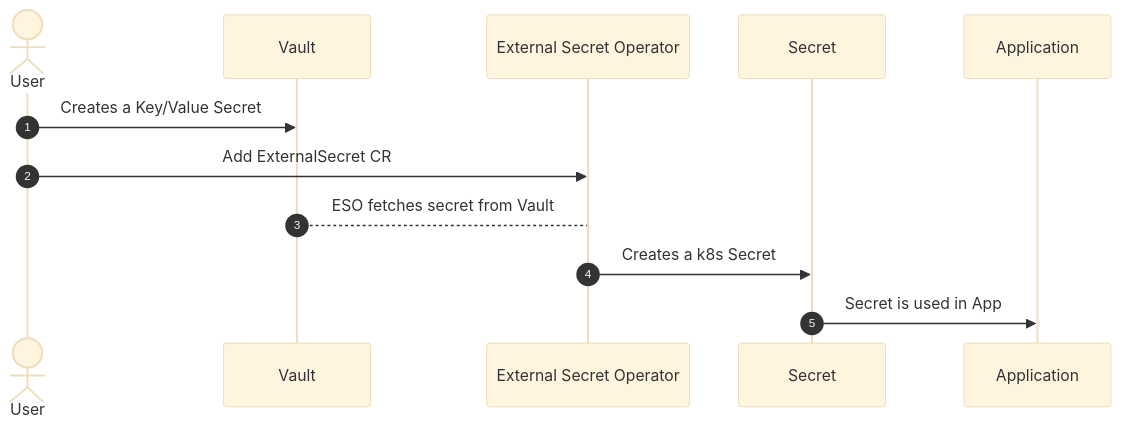
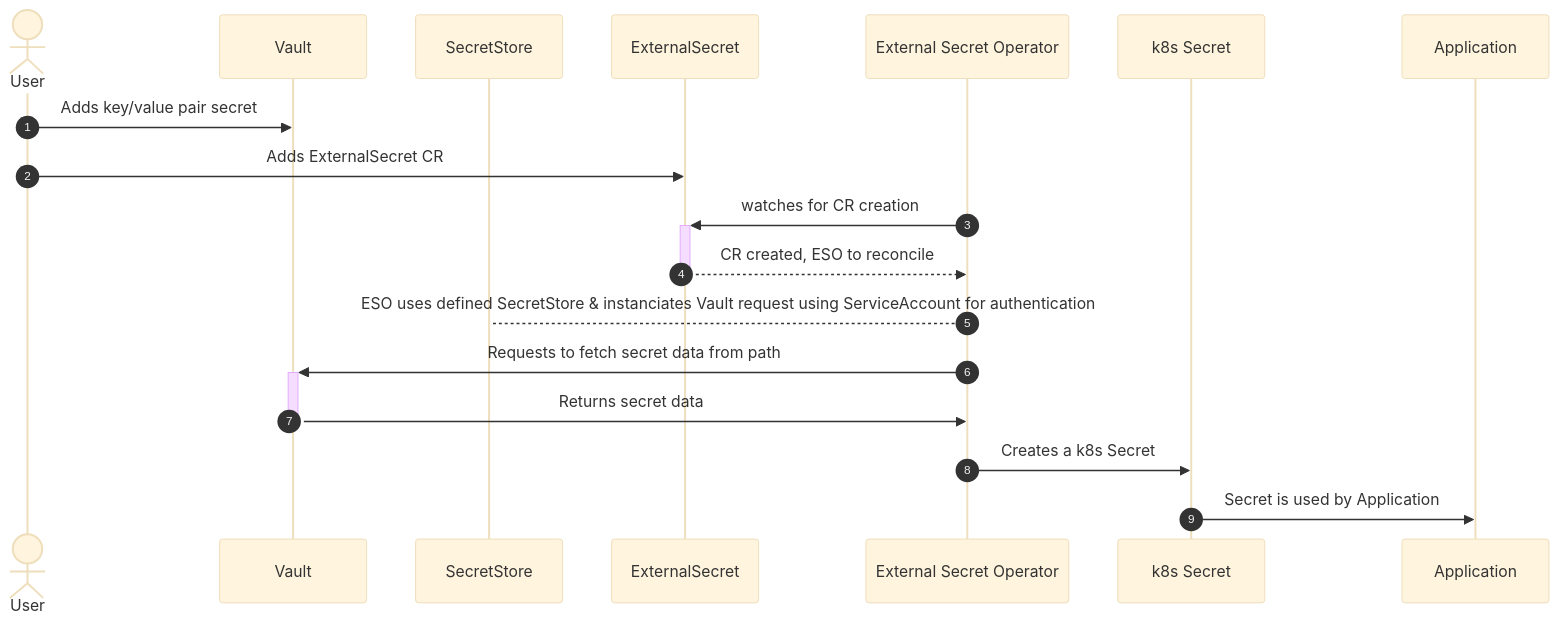
The second of 4 diagrams in docs/6-secret-management-in-saap/6-secret-management.md (rht-labs/tech-exercise), drawn with Mermaid (base theme) before and after one commit. The commit also changed other lines of this file, not shown here.

````diff
--- a/docs/6-secret-management-in-saap/6-secret-management.md
+++ b/docs/6-secret-management-in-saap/6-secret-management.md
@@ -169,14 +180,20 @@
 ```mermaid 
 sequenceDiagram
     autonumber
     actor User
     participant Vault
-    participant ESO as External Secret Operator
-    participant Secret
-    participant App as Application 
-    User->>Vault: Creates a Key/Value Secret
-    User->>ESO: Add ExternalSecret CR 
-    Vault-->ESO: ESO fetches secret from Vault
-    ESO->>Secret: Creates a k8s Secret
-    Secret->>App: Secret is used in App
+    participant SecretStore
+    participant ExternalSecret
+    participant ESO as External Secret Operator 
+    participant k8s Secret
+    participant app as Application
+    User->>Vault: Adds key/value pair secret
+    User->>ExternalSecret: Adds ExternalSecret CR
+    ESO->>+ExternalSecret: watches for CR creation
+    ExternalSecret-->>-ESO: CR created, ESO to reconcile
+    ESO-->SecretStore: ESO uses defined SecretStore & instanciates Vault request using ServiceAccount for authentication
+    ESO->>+Vault: Requests to fetch secret data from path
+    Vault->>-ESO: Returns secret data
+    ESO->>k8s Secret: Creates a k8s Secret
+    k8s Secret ->> app: Secret is used by Application
 ```
````
